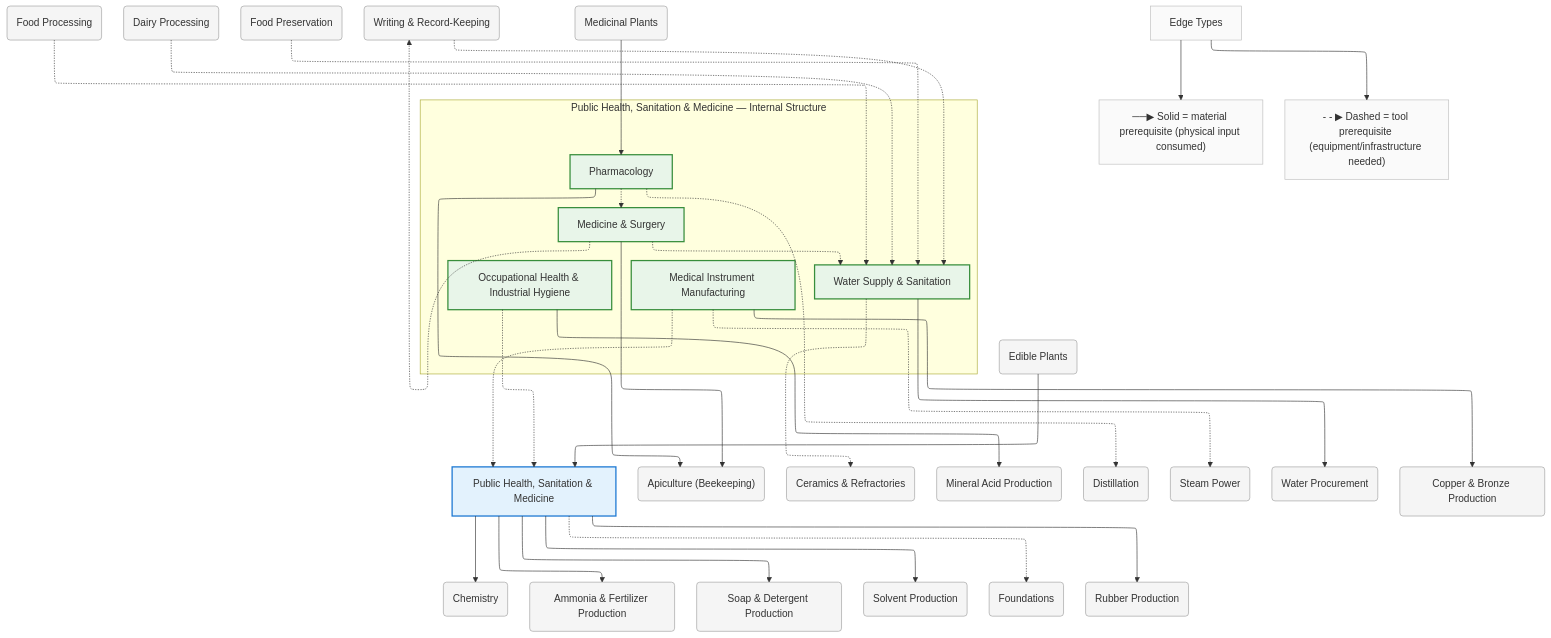
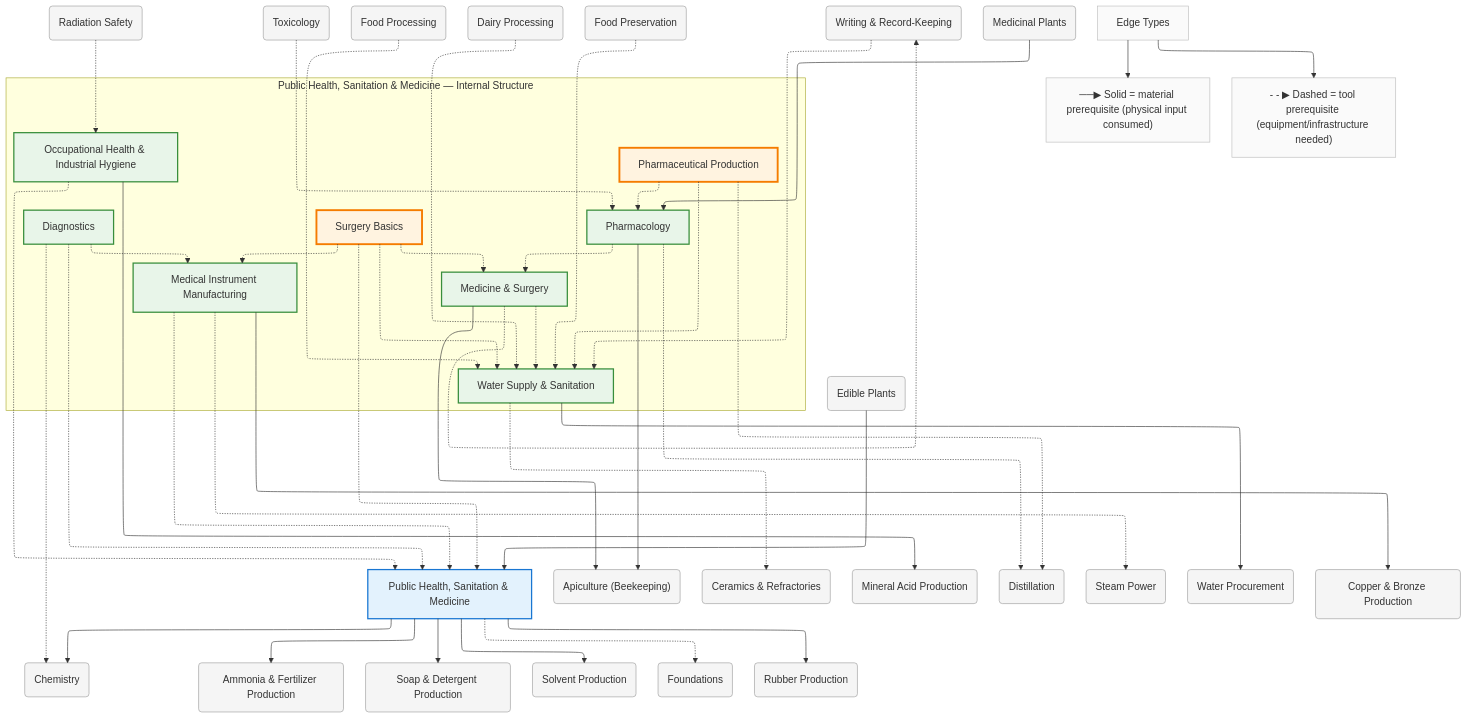
One commit to egofree/TechTree changed the diagram in diagrams/mermaid/health.mmd. Above: the diagram before and after it, drawn with Mermaid. The commit also changed 28 other files, not shown here.

First line of the commit message:
chore(diagrams): regenerate all Mermaid and D2 diagrams

```diff
--- a/diagrams/mermaid/health.mmd
+++ b/diagrams/mermaid/health.mmd
@@ -1,105 +1,127 @@
 %%{init: {"flowchart": {"defaultRenderer": "elk", "htmlLabels": true}}}%%
 graph TD
     %% Domain: Public Health, Sanitation & Medicine
 
     %% ==================== INTERNAL NODES ====================
     subgraph health_internal ["Public Health, Sanitation & Medicine — Internal Structure"]
         direction TB
         health_sanitation["Water Supply & Sanitation"]
         health_medicine["Medicine & Surgery"]
         health_pharmacology["Pharmacology"]
+        health_pharmaceutical-production["Pharmaceutical Production"]
+        health_surgery-basics["Surgery Basics"]
+        health_diagnostics["Diagnostics"]
         health_occupational-health["Occupational Health & Industrial Hygiene"]
         health_medical-instruments["Medical Instrument Manufacturing"]
     end
 
     %% ==================== DOMAIN NODE ====================
     health["Public Health, Sanitation & Medicine"]
 
     %% ==================== EXTERNAL DEPENDENCIES ====================
     animals_beekeeping("Apiculture (Beekeeping)")
     ceramics("Ceramics & Refractories")
     chemistry("Chemistry")
     chemistry_acids("Mineral Acid Production")
     chemistry_ammonia("Ammonia & Fertilizer Production")
     chemistry_distillation("Distillation")
     chemistry_soap("Soap & Detergent Production")
     chemistry_solvents("Solvent Production")
+    ehs_radiation-safety("Radiation Safety")
+    ehs_toxicology("Toxicology")
     energy_steam-power("Steam Power")
     food-processing("Food Processing")
     food-processing_dairy("Dairy Processing")
     food-processing_preservation("Food Preservation")
     foundations("Foundations")
     foundations_water-procurement("Water Procurement")
     knowledge_writing("Writing & Record-Keeping")
     metals_copper-bronze("Copper & Bronze Production")
     plants_edible-plants("Edible Plants")
     plants_medicinal-plants("Medicinal Plants")
     polymers_rubber("Rubber Production")
 
     %% ==================== EDGES ====================
     health_medicine -.-> health_sanitation
     health_pharmacology -.-> health_medicine
     health_occupational-health -.-> health
     health_medical-instruments -.-> health
+    health_surgery-basics -.-> health
+    health_surgery-basics -.-> health_medical-instruments
+    health_surgery-basics -.-> health_medicine
+    health_surgery-basics -.-> health_sanitation
+    health_diagnostics -.-> health
+    health_diagnostics -.-> health_medical-instruments
+    health_pharmaceutical-production -.-> health_pharmacology
+    health_pharmaceutical-production -.-> health_sanitation
     health -.-> foundations
     health --> chemistry
     health_sanitation -.-> ceramics
     health_medicine -.-> knowledge_writing
     health_pharmacology -.-> chemistry_distillation
     health --> polymers_rubber
     knowledge_writing -.-> health_sanitation
     plants_edible-plants --> health
     plants_medicinal-plants --> health_pharmacology
     health --> chemistry_ammonia
     health --> chemistry_soap
     health --> chemistry_solvents
     health_pharmacology --> animals_beekeeping
     health_medicine --> animals_beekeeping
     health_sanitation --> foundations_water-procurement
     health_occupational-health --> chemistry_acids
     health_medical-instruments --> metals_copper-bronze
     health_medical-instruments -.-> energy_steam-power
     food-processing -.-> health_sanitation
     food-processing_dairy -.-> health_sanitation
     food-processing_preservation -.-> health_sanitation
+    health_diagnostics -.-> chemistry
+    health_pharmaceutical-production -.-> chemistry_distillation
+    ehs_toxicology -.-> health_pharmacology
+    ehs_radiation-safety -.-> health_occupational-health
 
     %% ==================== EDGE TYPE LEGEND ====================
     EdgeLegend["Edge Types"]
     EdgeLegend --> MatNote["──▶ Solid = material prerequisite (physical input consumed)"]
     EdgeLegend --> ToolNote["- - ▶ Dashed = tool prerequisite (equipment/infrastructure needed)"]
 
     %% ==================== STYLING ====================
     classDef domain fill:#e3f2fd,stroke:#1976d2,stroke-width:2px
     classDef capability fill:#e8f5e9,stroke:#388e3c,stroke-width:2px
     classDef process fill:#fff3e0,stroke:#f57c00,stroke-width:2px
     classDef critical fill:#fff3e0,stroke:#f57c00,stroke-width:3px
     classDef earlyWin fill:#e8f5e9,stroke:#388e3c,stroke-width:3px
     classDef pinnacle fill:#fce4ec,stroke:#c62828,stroke-width:3px
     classDef external fill:#f5f5f5,stroke:#9e9e9e,stroke-width:1px
     classDef legend fill:#fafafa,stroke:#bdbdbd,stroke-width:1px
     class health domain
     class health_sanitation capability
     class health_medicine capability
     class health_pharmacology capability
+    class health_pharmaceutical-production critical
+    class health_surgery-basics critical
+    class health_diagnostics capability
     class health_occupational-health capability
     class health_medical-instruments capability
     class animals_beekeeping external
     class ceramics external
     class chemistry external
     class chemistry_acids external
     class chemistry_ammonia external
     class chemistry_distillation external
     class chemistry_soap external
     class chemistry_solvents external
+    class ehs_radiation-safety external
+    class ehs_toxicology external
     class energy_steam-power external
     class food-processing external
     class food-processing_dairy external
     class food-processing_preservation external
     class foundations external
     class foundations_water-procurement external
     class knowledge_writing external
     class metals_copper-bronze external
     class plants_edible-plants external
     class plants_medicinal-plants external
     class polymers_rubber external
     class EdgeLegend,MatNote,ToolNote legend
```
